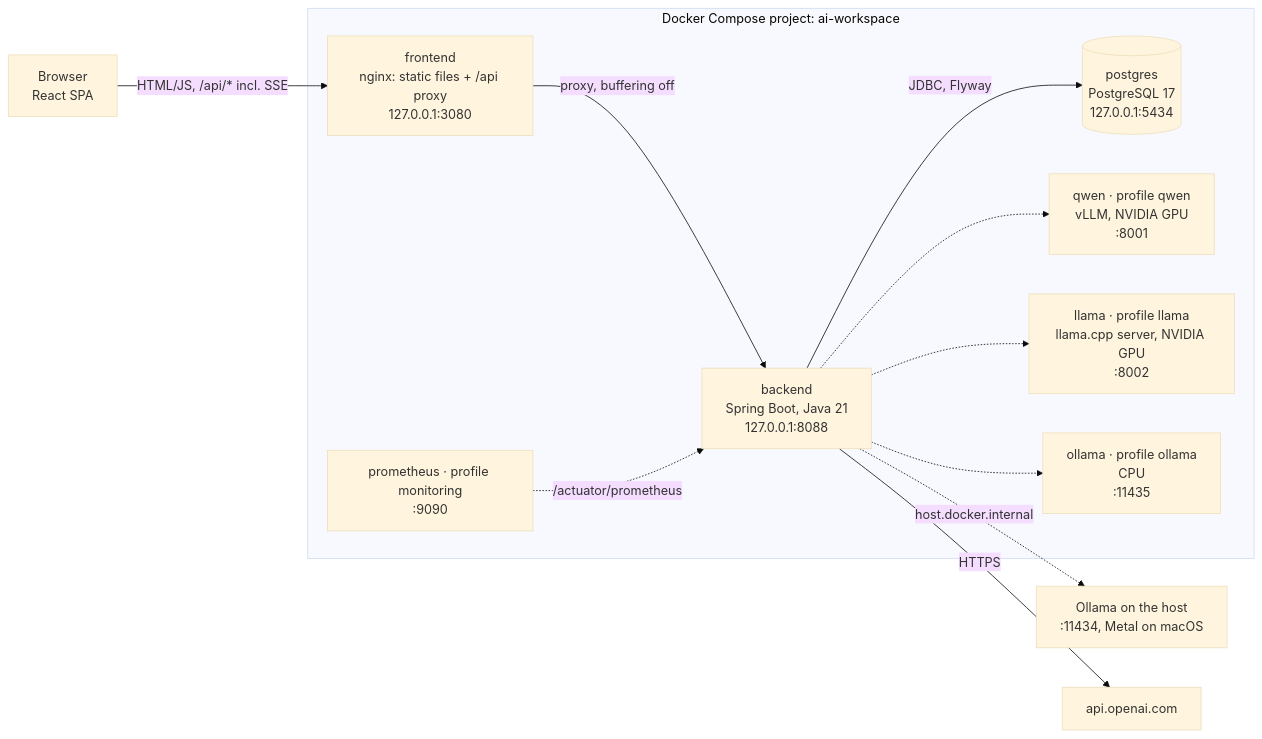
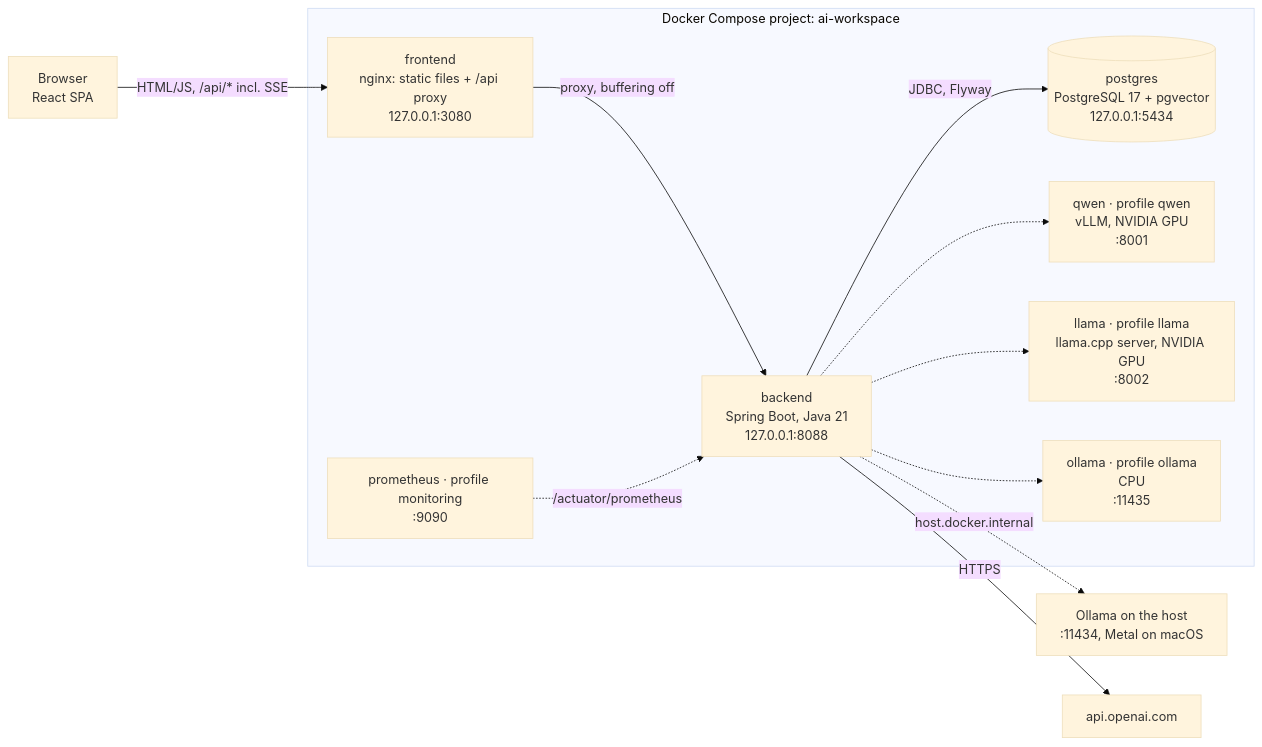
One commit to minhaj86/multi-llm-chat-agent changed the second of 15 diagrams in docs/architecture.md. Above: the diagram before and after it, drawn with Mermaid (base theme). The commit also changed other lines of this file and 196 other files, not shown here.

````diff
--- a/docs/architecture.md
+++ b/docs/architecture.md
@@ -58,27 +62,27 @@
 ```mermaid
 flowchart LR
     browser["Browser<br/>React SPA"]
 
     subgraph compose["Docker Compose project: ai-workspace"]
         nginx["frontend<br/>nginx: static files + /api proxy<br/>127.0.0.1:3080"]
         backend["backend<br/>Spring Boot, Java 21<br/>127.0.0.1:8088"]
-        db[("postgres<br/>PostgreSQL 17<br/>127.0.0.1:5434")]
+        db[("postgres<br/>PostgreSQL 17 + pgvector<br/>127.0.0.1:5434")]
         vllm["qwen · profile qwen<br/>vLLM, NVIDIA GPU<br/>:8001"]
         llamacpp["llama · profile llama<br/>llama.cpp server, NVIDIA GPU<br/>:8002"]
         ollamac["ollama · profile ollama<br/>CPU<br/>:11435"]
         promc["prometheus · profile monitoring<br/>:9090"]
     end
 
     hostollama["Ollama on the host<br/>:11434, Metal on macOS"]
     openai["api.openai.com"]
 
     browser -->|"HTML/JS, /api/* incl. SSE"| nginx
     nginx -->|"proxy, buffering off"| backend
     backend -->|"JDBC, Flyway"| db
     backend -->|HTTPS| openai
     backend -.-> vllm
     backend -.-> llamacpp
     backend -.-> ollamac
     backend -.->|"host.docker.internal"| hostollama
     promc -.->|"/actuator/prometheus"| backend
 ```
````
